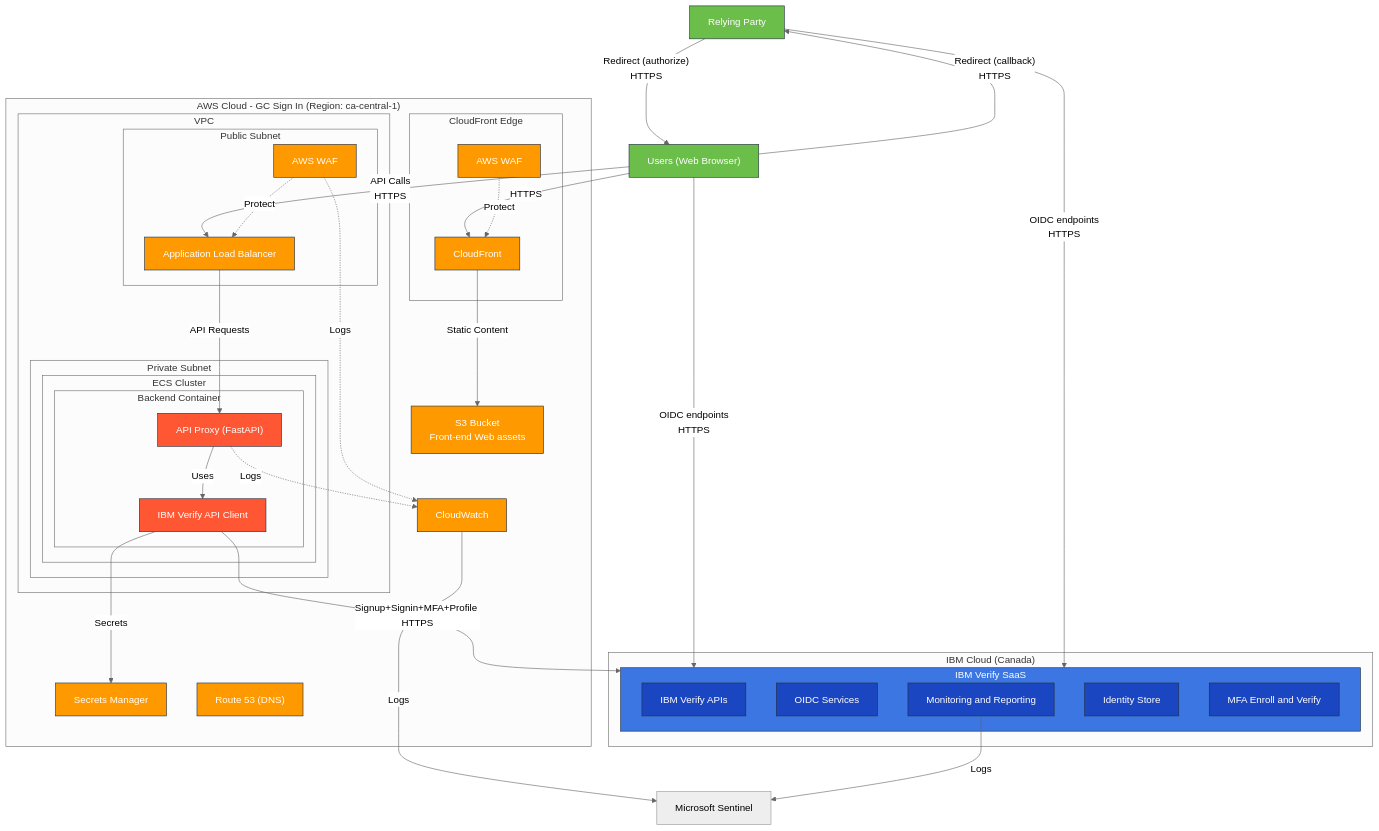
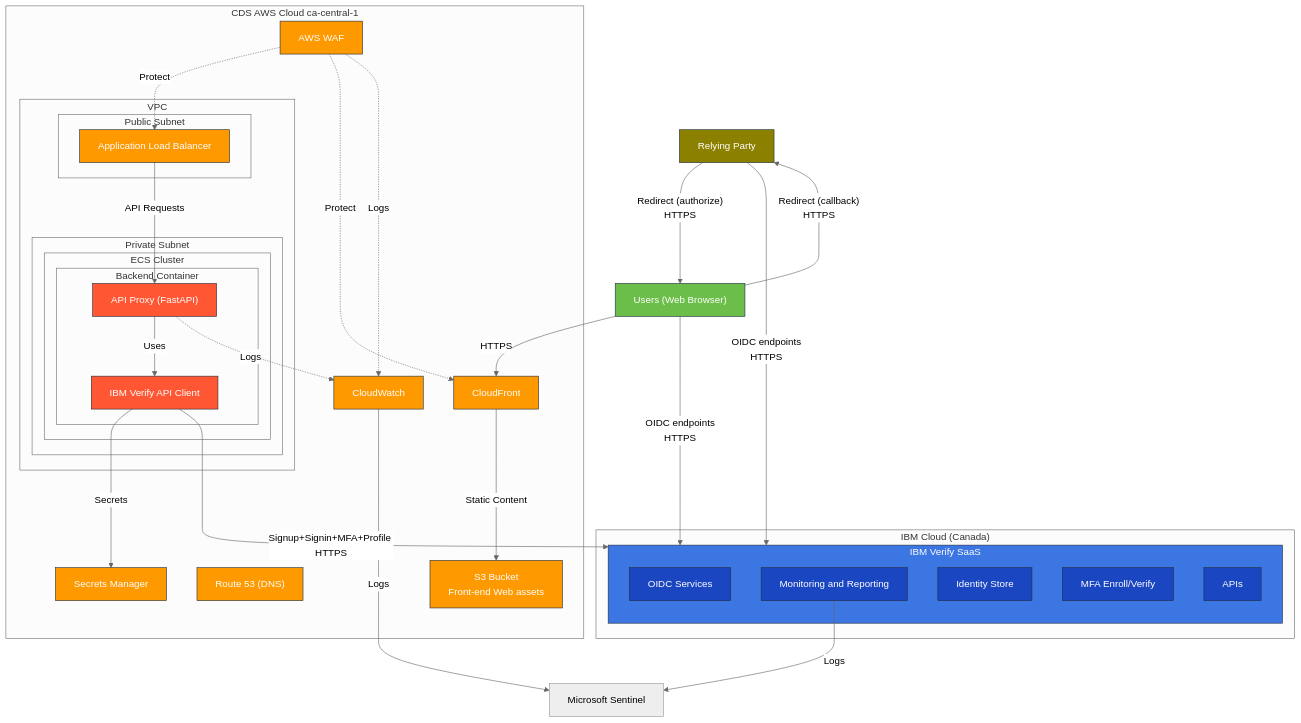
One commit to cds-snc/canadalogin-user-selfservice-webapp changed the diagram in docs/architecture/gc-signin-aws-system-architecture.mmd. Above: the diagram before and after it, drawn with Mermaid. The commit also changed 1 other file, not shown here.

Commit message:
A few more updates to the system arch diagram

```diff
--- a/docs/architecture/gc-signin-aws-system-architecture.mmd
+++ b/docs/architecture/gc-signin-aws-system-architecture.mmd
@@ -1,80 +1,75 @@
 %%{init: {'theme':'neutral'}}%%
 graph TB
-    subgraph "AWS Cloud - GC Sign In (Region: ca-central-1)"
+    subgraph AWS["CDS AWS Cloud ca-central-1"]
         subgraph "VPC"
-            subgraph "Public Subnet"
+            subgraph PublicSubnet["Public Subnet"]
                 ALB[Application Load Balancer]
-                WAF[AWS WAF]
             end
 
             subgraph "Private Subnet"
                 subgraph "ECS Cluster"
                     subgraph "Backend Container"
                         APIProxy["API Proxy (FastAPI)"]
                         APIClient["IBM Verify API Client"]
                     end
                 end
 
             end
         end
 
         CloudWatch[CloudWatch]
         SecretsManager[Secrets Manager]
-
-        subgraph "CloudFront Edge"
-            CloudFront[CloudFront]
-            CFWAF[AWS WAF]
-        end
-
+        CloudFront[CloudFront]
         Route53["Route 53 (DNS)"]
-        
         S3[S3 Bucket<br/>Front-end Web assets]
+        WAF[AWS WAF]
     end
 
     subgraph "IBM Cloud (Canada)"
         subgraph IBMVerify["IBM Verify SaaS"]
-            IBMVerifyAPI["IBM Verify APIs"]
             IBMIDaaS["OIDC Services"]
             IBMMonitoringReporting["Monitoring and Reporting"]
             IBMIDStore["Identity Store"]
-            IBMMFA["MFA Enroll and Verify"]
+            IBMMFA["MFA Enroll/Verify"]
+            IBMVerifyAPI["APIs"]
         end
     end
 
     RelyingParty[Relying Party]
     WebBrowser["Users (Web Browser)"]
     Sentinel["Microsoft Sentinel"]
 
     %% Connections
     WebBrowser -->|HTTPS| CloudFront
-    WebBrowser -->|"API Calls<br/>HTTPS"| ALB
     WebBrowser -->|"OIDC endpoints<br/>HTTPS"| IBMVerify
     CloudFront -->|Static Content| S3
     WAF -.->|Protect| ALB
-    CFWAF -.->|Protect| CloudFront
+    WAF -.->|Protect| CloudFront
     ALB -->|API Requests| APIProxy
     APIClient -->|Signup+Signin+MFA+Profile HTTPS| IBMVerify
     APIClient -->|Secrets| SecretsManager
     RelyingParty-->|"OIDC endpoints<br/>HTTPS"| IBMVerify
     RelyingParty-->|"Redirect (authorize)<br/>HTTPS"| WebBrowser
     WebBrowser-->|"Redirect (callback)<br/>HTTPS"| RelyingParty
     APIProxy-->|Uses| APIClient
 
     %% Monitoring
     WAF -.->|Logs| CloudWatch
     APIProxy -.->|Logs| CloudWatch
     CloudWatch -->|Logs| Sentinel
     IBMMonitoringReporting -->|Logs| Sentinel
 
     %% Styling
     classDef aws fill:#FF9900,stroke:#232F3E,color:white;
     classDef gcsignin fill:#FF5733,stroke:#232F3E,color:white;
     classDef ibm fill:#3B76e2,stroke:#232F3E,color:white;
     classDef ibmchild fill:#1B46C2,stroke:#232F3E,color:white;
     classDef users fill:#6BBE49,stroke:#232F3E,color:white;
+    classDef rp fill:#8B8000,stroke:#232F3E,color:white;
 
     class Route53,CloudFront,ALB,WAF,CFWAF,ECS,CloudWatch,SecretsManager,WAFLogs,S3 aws;
     class IBMVerify ibm;
     class IBMVerifyAPI,IBMIDaaS,IBMMonitoringReporting,IBMIDStore,IBMMFA ibmchild;
-    class RelyingParty,WebBrowser users;
+    class WebBrowser users;
+    class RelyingParty rp;
     class GCSigninFrontEnd,APIProxy,APIClient gcsignin;
```
